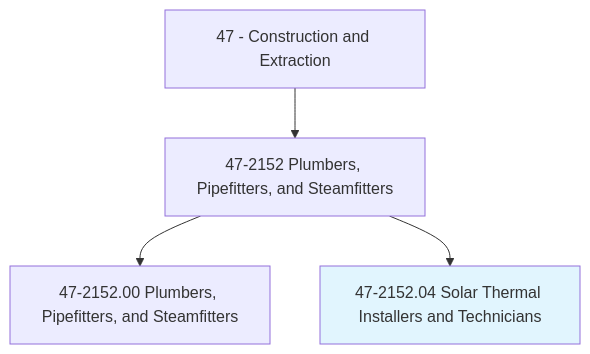
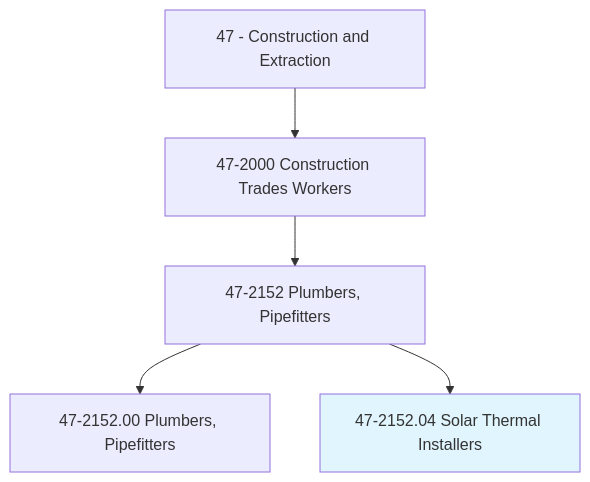
One commit to kziemski/business.org.ai changed the first of 4 diagrams in occupations/Construction/SolarThermalInstallersAndTechnicians.mdx. Above: the diagram before and after it, drawn with Mermaid. The commit also changed other lines of this file and 938 other files, not shown here.

````diff
--- a/occupations/Construction/SolarThermalInstallersAndTechnicians.mdx
+++ b/occupations/Construction/SolarThermalInstallersAndTechnicians.mdx
@@ -19,7 +23,8 @@
 ```mermaid
 graph TD
-    Cat47["47 - Construction and Extraction"] --> Group472152["47-2152 Plumbers, Pipefitters, and Steamfitters"]
-    Group472152 --> Base["47-2152.00 Plumbers, Pipefitters, and Steamfitters"]
-    Group472152 --> Current["47-2152.04 Solar Thermal Installers and Technicians"]
+    Cat47["47 - Construction and Extraction"] --> Group472["47-2000 Construction Trades Workers"]
+    Group472 --> Group4721["47-2152 Plumbers, Pipefitters"]
+    Group4721 --> Base["47-2152.00 Plumbers, Pipefitters"]
+    Group4721 --> Current["47-2152.04 Solar Thermal Installers"]
     style Current fill:#e1f5fe
 ```
````
